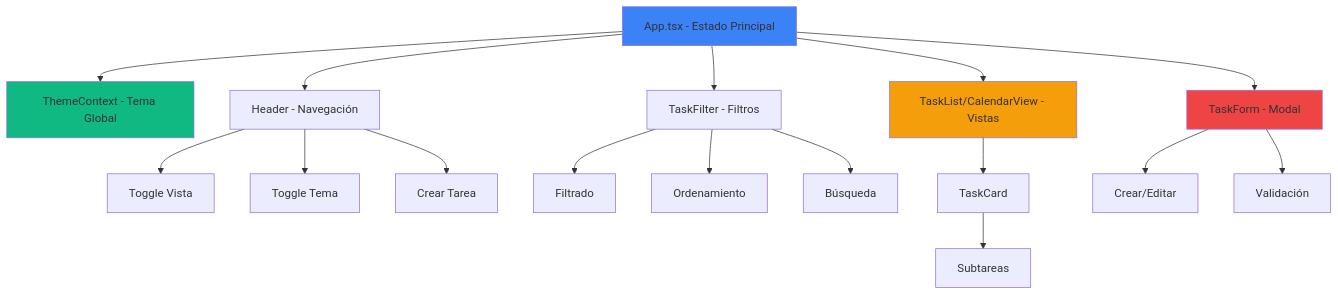
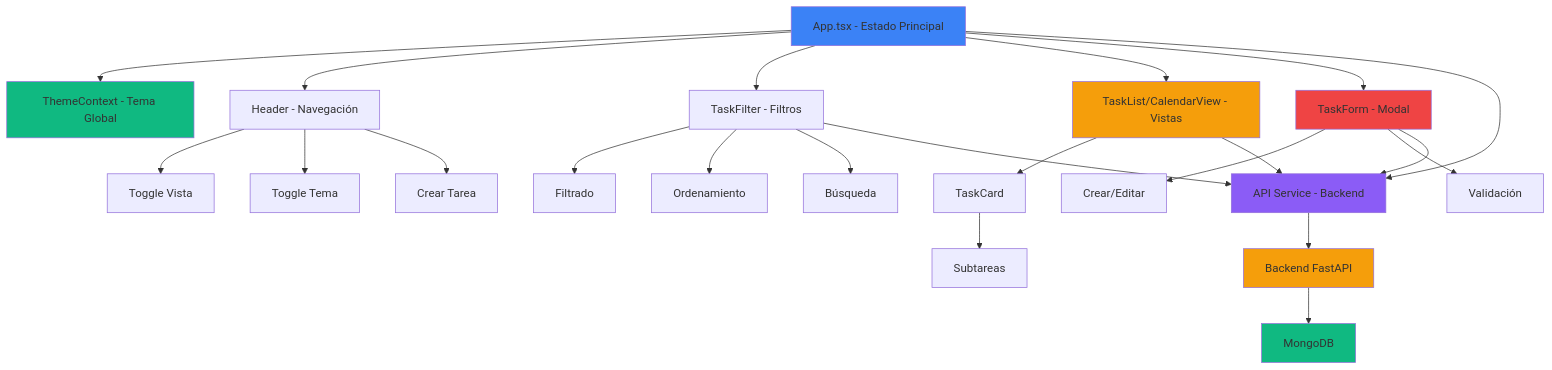
Before and after one commit to ZLostTK/IntelliTasker: the first of 11 diagrams in docs/FrontEnd.md, drawn with Mermaid. The commit also changed other lines of this file and 9 other files, not shown here.

````diff
--- a/docs/FrontEnd.md
+++ b/docs/FrontEnd.md
@@ -72,27 +73,37 @@
 ```mermaid
 graph TD
     A[App.tsx - Estado Principal] --> B[ThemeContext - Tema Global]
     A --> C[Header - Navegación]
     A --> D[TaskFilter - Filtros]
     A --> E[TaskList/CalendarView - Vistas]
     A --> F[TaskForm - Modal]
+    A --> G[API Service - Backend]
     
     C --> C1[Toggle Vista]
     C --> C2[Toggle Tema]
     C --> C3[Crear Tarea]
     
     D --> D1[Filtrado]
     D --> D2[Ordenamiento]
     D --> D3[Búsqueda]
+    D --> G
     
     E --> E1[TaskCard]
     E1 --> E2[Subtareas]
+    E --> G
     
     F --> F1[Crear/Editar]
     F --> F2[Validación]
+    F --> G
+    
+    G --> H[Backend FastAPI]
+    H --> I[MongoDB]
     
     style A fill:#3b82f6
     style B fill:#10b981
     style E fill:#f59e0b
     style F fill:#ef4444
+    style G fill:#8b5cf6
+    style H fill:#f59e0b
+    style I fill:#10b981
 ```
````
